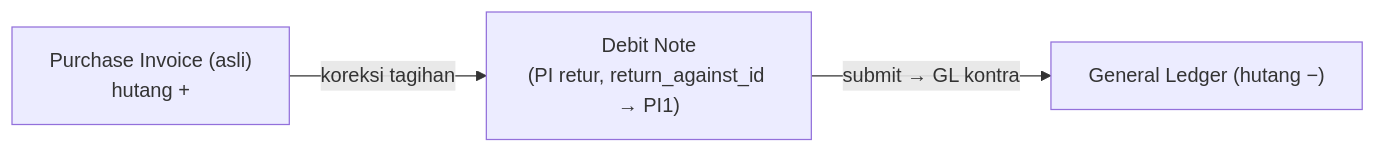
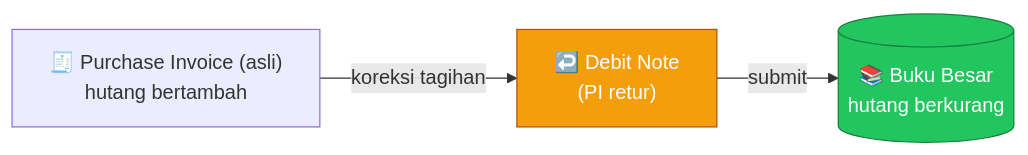
Before and after one commit to RimbunCode/erp_pataya: the fourth of 4 diagrams in docs/tutorials/retur.md, drawn with Mermaid. The commit also changed other lines of this file and 14 other files, not shown here.

````diff
--- a/docs/tutorials/retur.md
+++ b/docs/tutorials/retur.md
@@ -119,5 +129,8 @@
 ```mermaid
 flowchart LR
-    PI1["Purchase Invoice (asli)<br/>hutang +"] -->|"koreksi tagihan"| PI2["Debit Note<br/>(PI retur, return_against_id → PI1)"]
-    PI2 -->|"submit → GL kontra"| GL["General Ledger (hutang −)"]
+    PI1["🧾 Purchase Invoice (asli)<br/>hutang bertambah"] -->|"koreksi tagihan"| PI2["↩️ Debit Note<br/>(PI retur)"]
+    PI2 -->|"submit"| GL[("📚 Buku Besar<br/>hutang berkurang")]
+
+    style PI2 fill:#f59e0b,stroke:#b45309,color:#fff
+    style GL fill:#22c55e,stroke:#15803d,color:#fff
 ```
````
